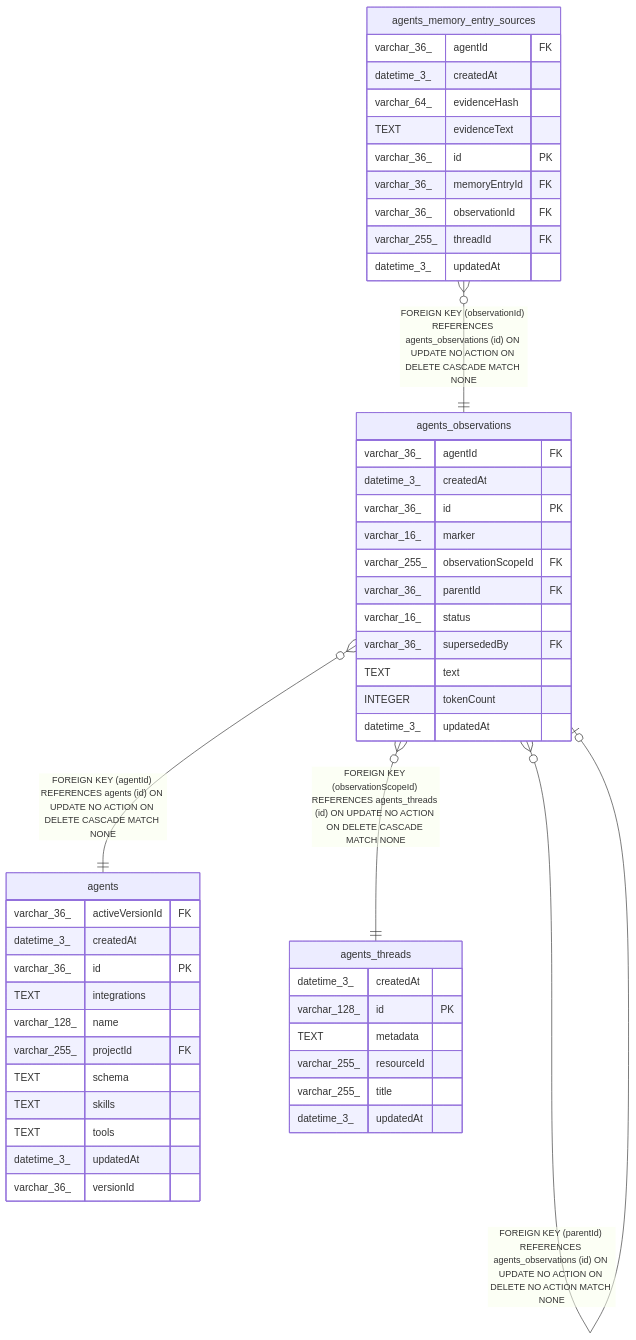
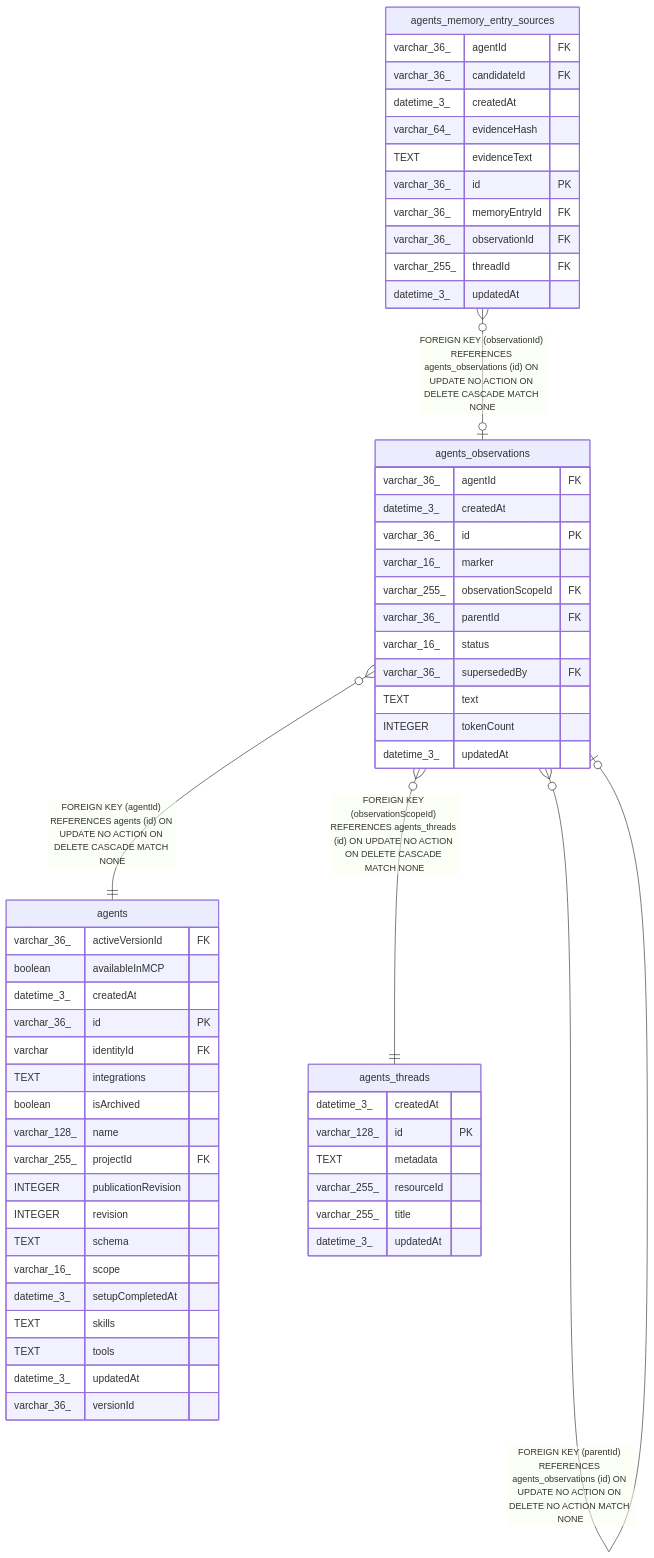
One commit to koreatest12/studys changed the diagram in n8n_integration/n8n_source/docs/generated/sqlite-schema/agents_observations.md. Above: the diagram before and after it, drawn with Mermaid. The commit also changed 23019 other files, not shown here.

````diff
--- a/n8n_integration/n8n_source/docs/generated/sqlite-schema/agents_observations.md
+++ b/n8n_integration/n8n_source/docs/generated/sqlite-schema/agents_observations.md
@@ -55,55 +55,63 @@
 ```mermaid
 erDiagram
 
 "agents_observations" }o--|| "agents" : "FOREIGN KEY (agentId) REFERENCES agents (id) ON UPDATE NO ACTION ON DELETE CASCADE MATCH NONE"
-"agents_memory_entry_sources" }o--|| "agents_observations" : "FOREIGN KEY (observationId) REFERENCES agents_observations (id) ON UPDATE NO ACTION ON DELETE CASCADE MATCH NONE"
+"agents_memory_entry_sources" }o--o| "agents_observations" : "FOREIGN KEY (observationId) REFERENCES agents_observations (id) ON UPDATE NO ACTION ON DELETE CASCADE MATCH NONE"
 "agents_observations" }o--o| "agents_observations" : "FOREIGN KEY (supersededBy) REFERENCES agents_observations (id) ON UPDATE NO ACTION ON DELETE NO ACTION MATCH NONE"
 "agents_observations" }o--o| "agents_observations" : "FOREIGN KEY (parentId) REFERENCES agents_observations (id) ON UPDATE NO ACTION ON DELETE NO ACTION MATCH NONE"
 "agents_observations" }o--|| "agents_threads" : "FOREIGN KEY (observationScopeId) REFERENCES agents_threads (id) ON UPDATE NO ACTION ON DELETE CASCADE MATCH NONE"
 
 "agents_observations" {
   varchar_36_ agentId FK
   datetime_3_ createdAt
   varchar_36_ id PK
   varchar_16_ marker
   varchar_255_ observationScopeId FK
   varchar_36_ parentId FK
   varchar_16_ status
   varchar_36_ supersededBy FK
   TEXT text
   INTEGER tokenCount
   datetime_3_ updatedAt
 }
 "agents" {
   varchar_36_ activeVersionId FK
+  boolean availableInMCP
   datetime_3_ createdAt
   varchar_36_ id PK
+  varchar identityId FK
   TEXT integrations
+  boolean isArchived
   varchar_128_ name
   varchar_255_ projectId FK
+  INTEGER publicationRevision
+  INTEGER revision
   TEXT schema
+  varchar_16_ scope
+  datetime_3_ setupCompletedAt
   TEXT skills
   TEXT tools
   datetime_3_ updatedAt
   varchar_36_ versionId
 }
 "agents_memory_entry_sources" {
   varchar_36_ agentId FK
+  varchar_36_ candidateId FK
   datetime_3_ createdAt
   varchar_64_ evidenceHash
   TEXT evidenceText
   varchar_36_ id PK
   varchar_36_ memoryEntryId FK
   varchar_36_ observationId FK
   varchar_255_ threadId FK
   datetime_3_ updatedAt
 }
 "agents_threads" {
   datetime_3_ createdAt
   varchar_128_ id PK
   TEXT metadata
   varchar_255_ resourceId
   varchar_255_ title
   datetime_3_ updatedAt
 }
 ```
````
